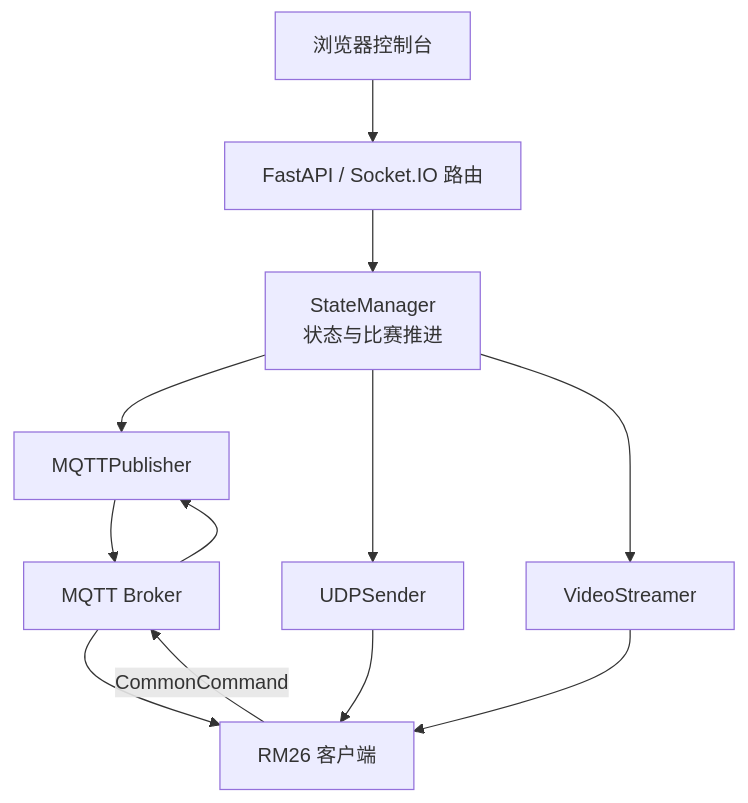
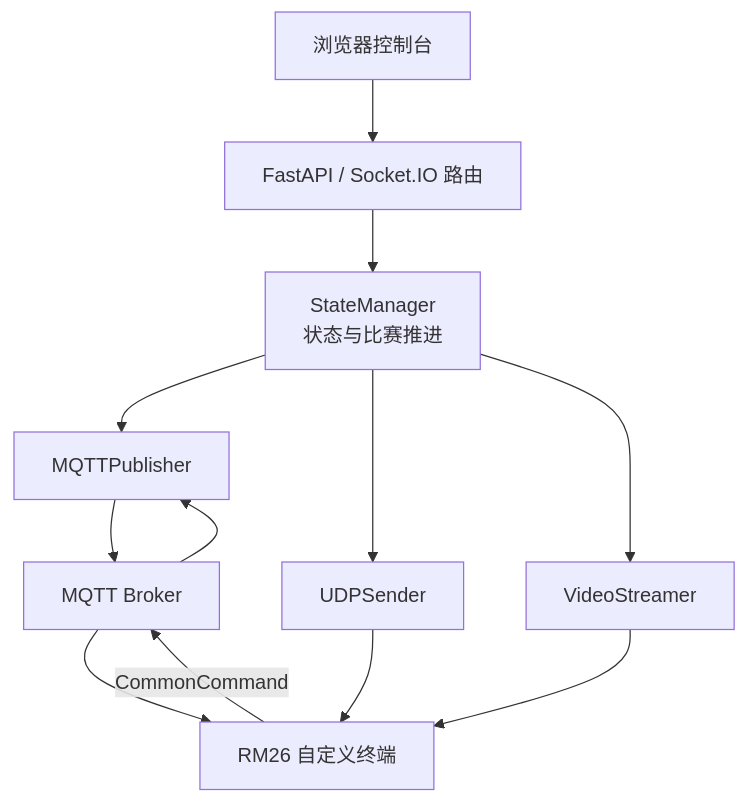
The first of 2 diagrams in docs/architecture/simulator.md (AlanYuzhen/AdamClient), drawn with Mermaid before and after one commit. The commit also changed other lines of this file and 96 other files, not shown here.

````diff
--- a/docs/architecture/simulator.md
+++ b/docs/architecture/simulator.md
@@ -12,14 +12,14 @@
 ```mermaid
 flowchart TB
     Browser["浏览器控制台"] --> Socket["FastAPI / Socket.IO 路由"]
     Socket --> State["StateManager<br/>状态与比赛推进"]
     State --> Publisher["MQTTPublisher"]
     State --> Udp["UDPSender"]
     State --> Stream["VideoStreamer"]
     Publisher --> Broker["MQTT Broker"]
-    Broker --> Client["RM26 客户端"]
+    Broker --> Client["RM26 自定义终端"]
     Udp --> Client
     Stream --> Client
     Client -->|"CommonCommand"| Broker
     Broker --> Publisher
 ```
````
